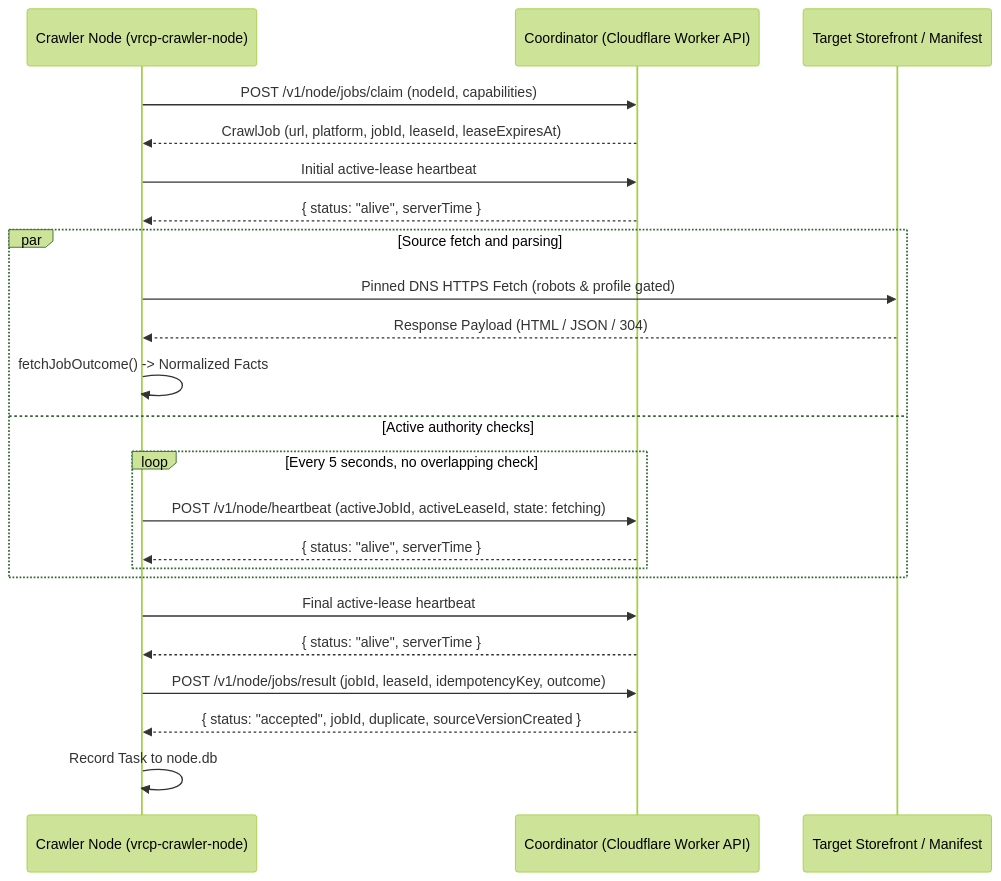
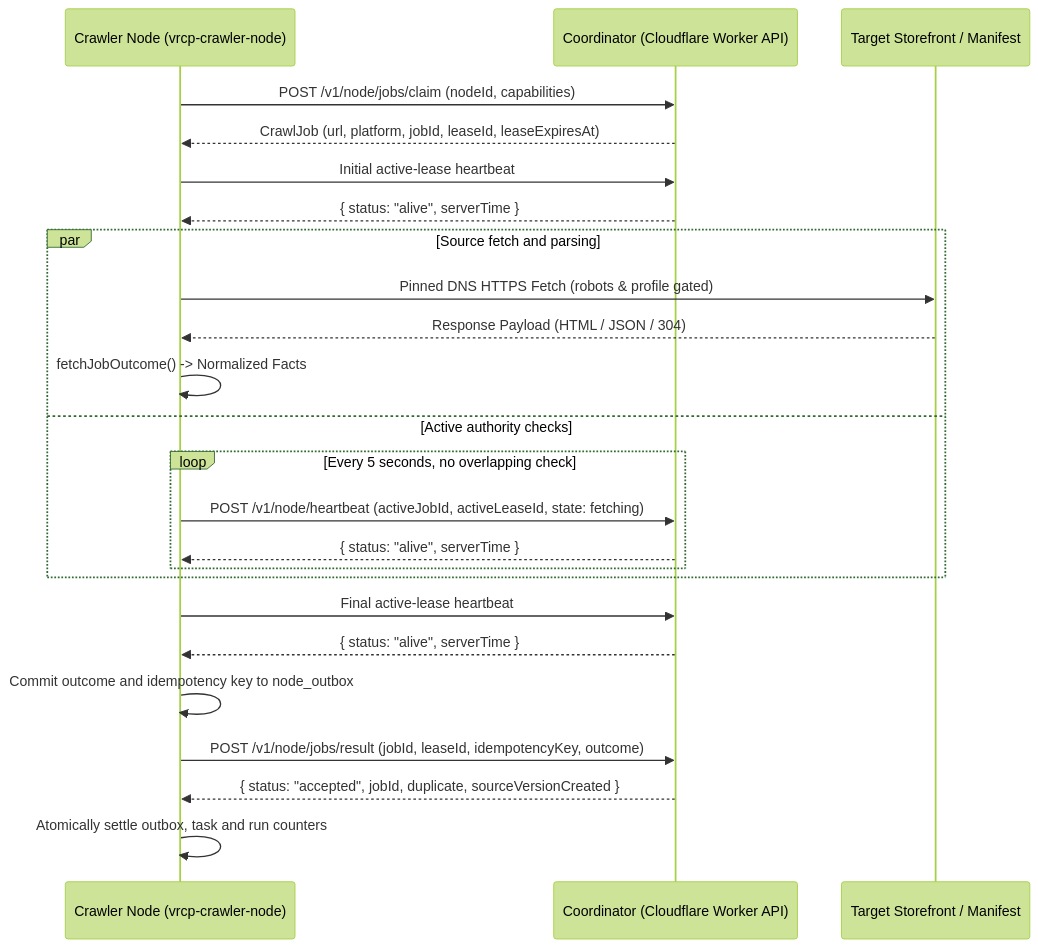
Before and after one commit to SlamTheDragon/vrc-packages: the diagram in docs/source/SPECIFICATION_CRAWLER_CLIENT.md, drawn with Mermaid (forest theme). The commit also changed other lines of this file and 8 other files, not shown here.

````diff
--- a/docs/source/SPECIFICATION_CRAWLER_CLIENT.md
+++ b/docs/source/SPECIFICATION_CRAWLER_CLIENT.md
@@ -51,26 +53,27 @@
 ```mermaid
 sequenceDiagram
     participant Node as Crawler Node (vrcp-crawler-node)
     participant Coord as Coordinator (Cloudflare Worker API)
     participant Origin as Target Storefront / Manifest
 
     Node->>Coord: POST /v1/node/jobs/claim (nodeId, capabilities)
     Coord-->>Node: CrawlJob (url, platform, jobId, leaseId, leaseExpiresAt)
     Node->>Coord: Initial active-lease heartbeat
     Coord-->>Node: { status: "alive", serverTime }
     par Source fetch and parsing
         Node->>Origin: Pinned DNS HTTPS Fetch (robots & profile gated)
         Origin-->>Node: Response Payload (HTML / JSON / 304)
         Node->>Node: fetchJobOutcome() -> Normalized Facts
     and Active authority checks
         loop Every 5 seconds, no overlapping check
             Node->>Coord: POST /v1/node/heartbeat (activeJobId, activeLeaseId, state: fetching)
             Coord-->>Node: { status: "alive", serverTime }
         end
     end
     Node->>Coord: Final active-lease heartbeat
     Coord-->>Node: { status: "alive", serverTime }
+    Node->>Node: Commit outcome and idempotency key to node_outbox
     Node->>Coord: POST /v1/node/jobs/result (jobId, leaseId, idempotencyKey, outcome)
     Coord-->>Node: { status: "accepted", jobId, duplicate, sourceVersionCreated }
-    Node->>Node: Record Task to node.db
+    Node->>Node: Atomically settle outbox, task and run counters
 ```
````
